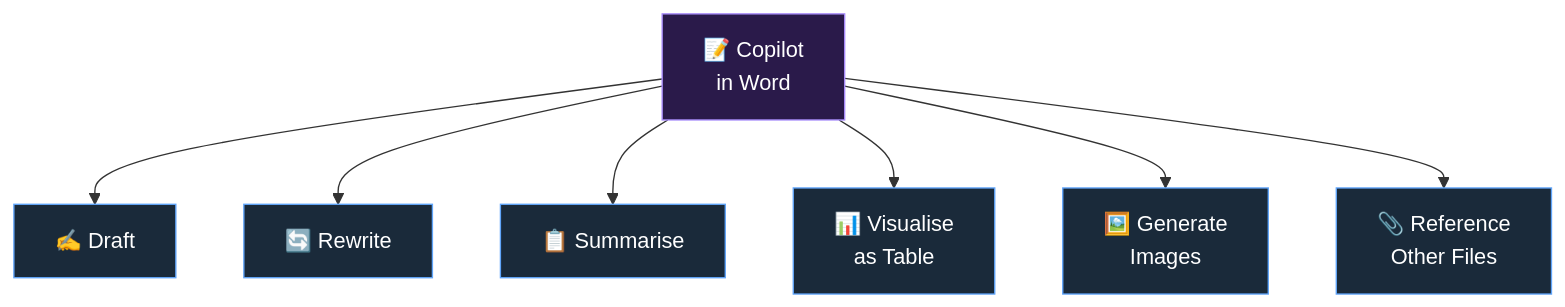
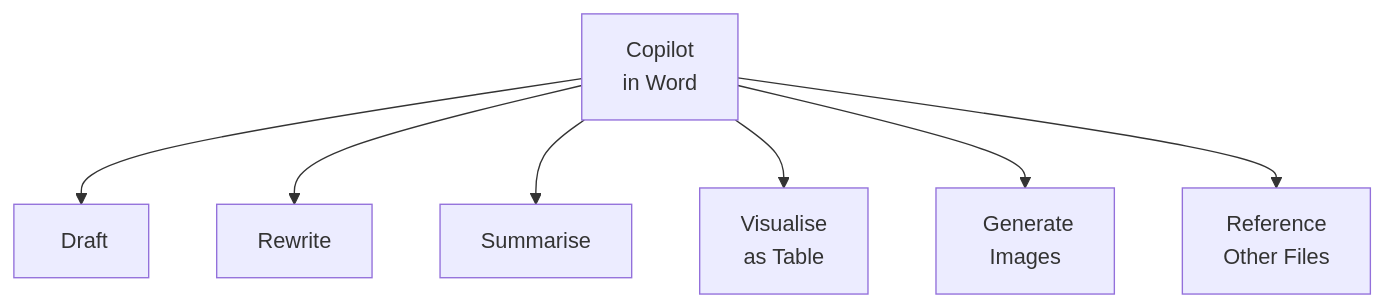
The fourth of 6 diagrams in content/blog/microsoft-365-copilot-licensed-complete-guide-for-trainers.md (susanthgit/aguidetocloud-revamp), drawn with Mermaid before and after one commit. The commit also changed other lines of this file and 553 other files, not shown here.

First line of the commit message:
🌸 Z17: Zen Mermaid diagrams — Stripe Docs style

````diff
--- a/content/blog/microsoft-365-copilot-licensed-complete-guide-for-trainers.md
+++ b/content/blog/microsoft-365-copilot-licensed-complete-guide-for-trainers.md
@@ -303,16 +277,9 @@
 ```mermaid
 flowchart TD
-    A["📝 Copilot<br/>in Word"] --> B["✍️ Draft"]
-    A --> C["🔄 Rewrite"]
-    A --> D["📋 Summarise"]
-    A --> E["📊 Visualise<br/>as Table"]
-    A --> F["🖼️ Generate<br/>Images"]
-    A --> G["📎 Reference<br/>Other Files"]
-    style A fill:#2a1a4a,stroke:#A78BFA,color:#ffffff
-    style B fill:#1a2a3a,stroke:#60A5FA,color:#ffffff
-    style C fill:#1a2a3a,stroke:#60A5FA,color:#ffffff
-    style D fill:#1a2a3a,stroke:#60A5FA,color:#ffffff
-    style E fill:#1a2a3a,stroke:#60A5FA,color:#ffffff
-    style F fill:#1a2a3a,stroke:#60A5FA,color:#ffffff
-    style G fill:#1a2a3a,stroke:#60A5FA,color:#ffffff
+    A["Copilot<br/>in Word"] --> B["️ Draft"]
+    A --> C["Rewrite"]
+    A --> D["Summarise"]
+    A --> E["Visualise<br/>as Table"]
+    A --> F["️ Generate<br/>Images"]
+    A --> G["Reference<br/>Other Files"]
 ```
````
